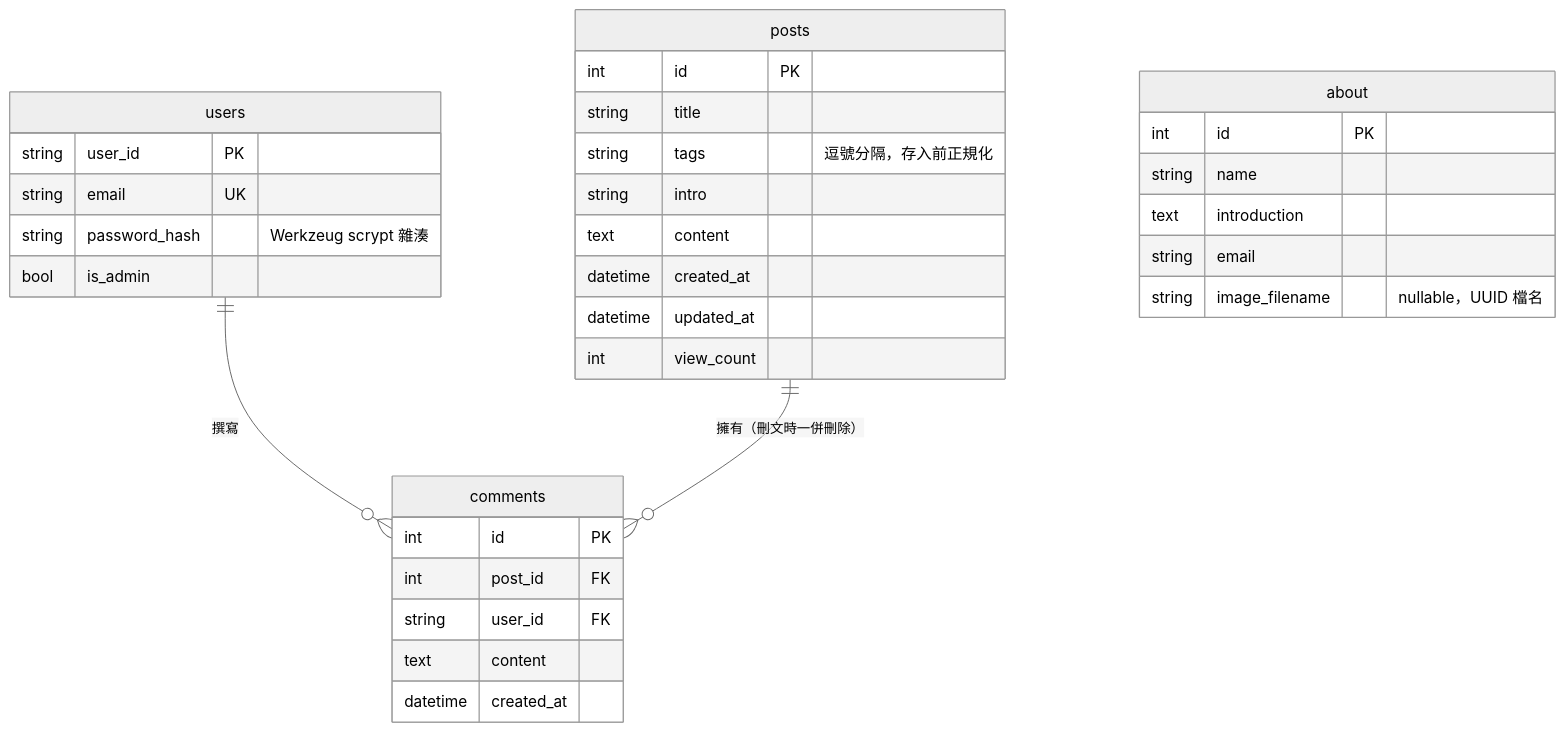
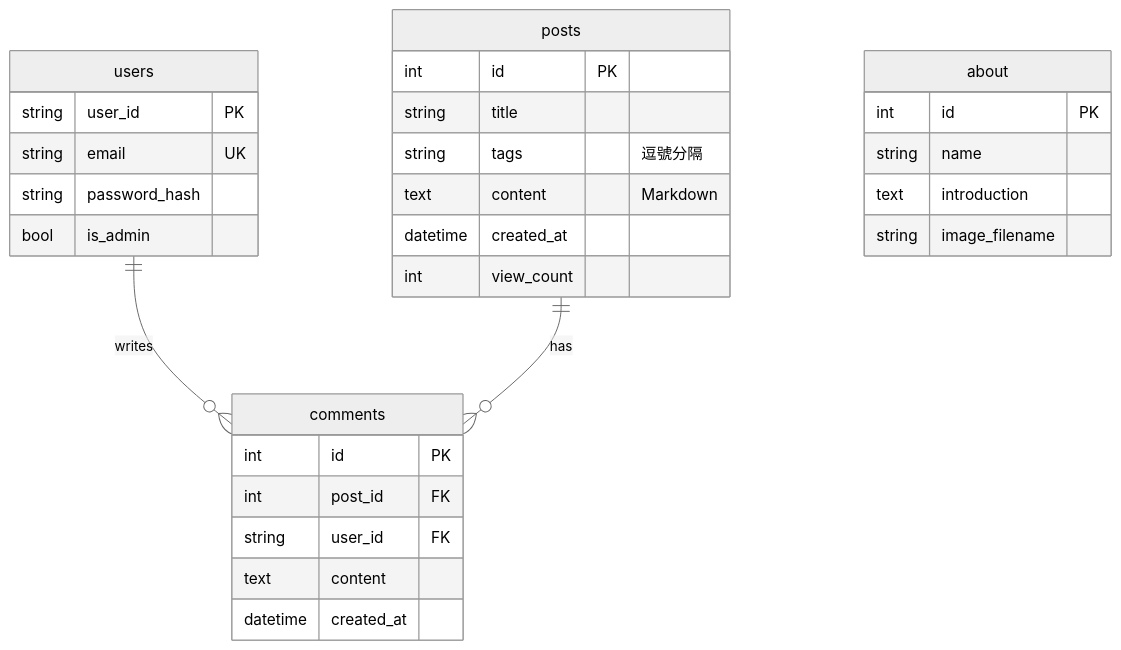
Before and after one commit to q33566/Blog_FinalProject: the second of 2 diagrams in README.md, drawn with Mermaid (neutral theme). The commit also changed other lines of this file and 31 other files, not shown here.

````diff
--- a/README.md
+++ b/README.md
@@ -208,36 +61,32 @@
 ```mermaid
 erDiagram
-    users ||--o{ comments : "撰寫"
-    posts ||--o{ comments : "擁有（刪文時一併刪除）"
-
+    users ||--o{ comments : writes
+    posts ||--o{ comments : has
     users {
         string user_id PK
         string email UK
-        string password_hash "Werkzeug scrypt 雜湊"
+        string password_hash
         bool is_admin
     }
     posts {
         int id PK
         string title
-        string tags "逗號分隔，存入前正規化"
-        string intro
-        text content
+        string tags "逗號分隔"
+        text content "Markdown"
         datetime created_at
-        datetime updated_at
         int view_count
     }
     comments {
         int id PK
         int post_id FK
         string user_id FK
         text content
         datetime created_at
     }
     about {
         int id PK
         string name
         text introduction
-        string email
-        string image_filename "nullable，UUID 檔名"
+        string image_filename
     }
 ```
````
